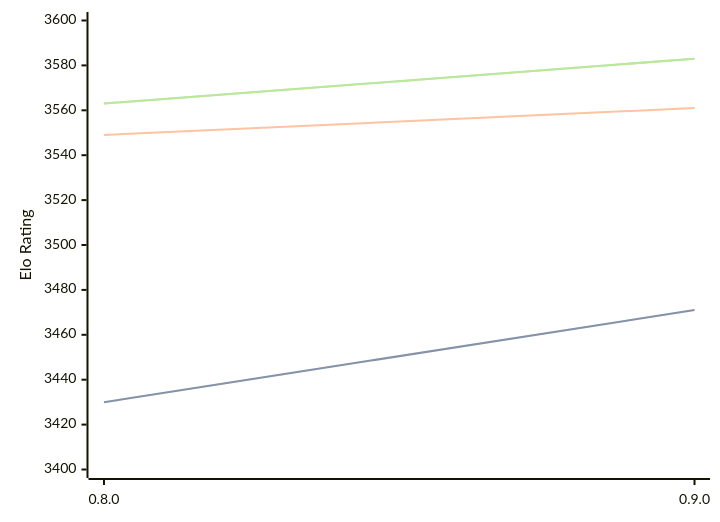
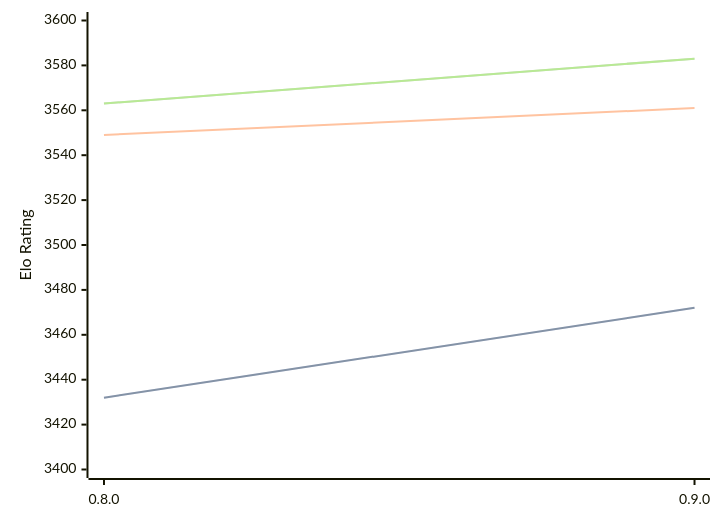
One commit to computer-chess-index/cci changed the diagram in engines/Reckless.md. Above: the diagram before and after it, drawn with Mermaid. The commit also changed other lines of this file, not shown here.

````diff
--- a/engines/Reckless.md
+++ b/engines/Reckless.md
@@ -39,11 +39,11 @@
 ```mermaid
 %%{init: {"theme":"base","themeVariables":{"seriesColors:['#a3a3a3','#222221','#faa371']}}}%%
 xychart-beta
   x-axis ["0.8.0", "0.9.0"]
   y-axis "Elo Rating" 3400 --> 3600
-  line "STC (8.0+0.08s)" [3430, 3471]
-  line "STC (8.0+0.08s)" [3430, 3471]
+  line "STC (8.0+0.08s)" [3432, 3472]
+  line "STC (8.0+0.08s)" [3432, 3472]
   line "LTC (60.0+0.60s)" [3549, 3561]
   line "VLTC (2m24s+1.12s)" [3563, 3583]
   line "VLTC (2m24s+1.12s)" [3563, 3583]
 ```
````
